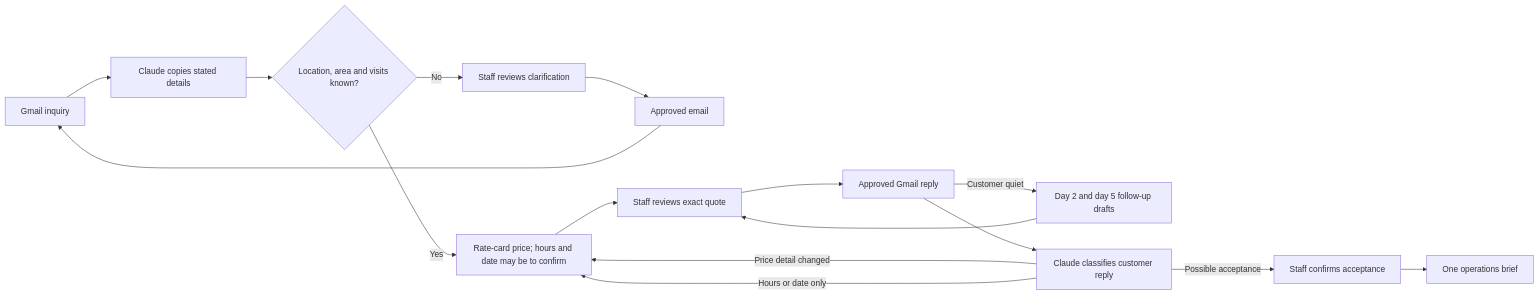
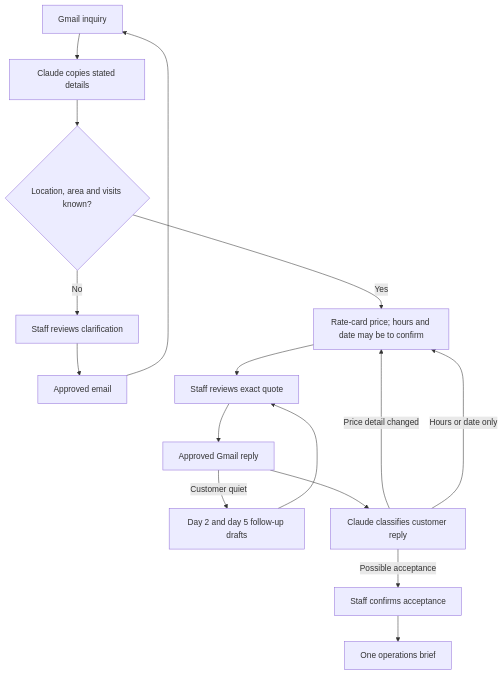
Before and after one commit to a3s5jj/inquiry-to-quote-automation: the diagram in README.md, drawn with Mermaid.

Commit message:
Make README workflow diagram vertical

````diff
--- a/README.md
+++ b/README.md
@@ -42,18 +42,18 @@
 ```mermaid
-flowchart LR
+flowchart TD
   A[Gmail inquiry] --> B[Claude copies stated details]
   B --> C{Location, area and visits known?}
   C -->|No| D[Staff reviews clarification]
   D --> E[Approved email]
   E --> A
   C -->|Yes| F[Rate-card price; hours and date may be to confirm]
   F --> G[Staff reviews exact quote]
   G --> H[Approved Gmail reply]
   H -->|Customer quiet| Q[Day 2 and day 5 follow-up drafts]
   Q --> G
   H --> I[Claude classifies customer reply]
   I -->|Price detail changed| F
   I -->|Hours or date only| F
   I -->|Possible acceptance| J[Staff confirms acceptance]
   J --> K[One operations brief]
 ```
````
